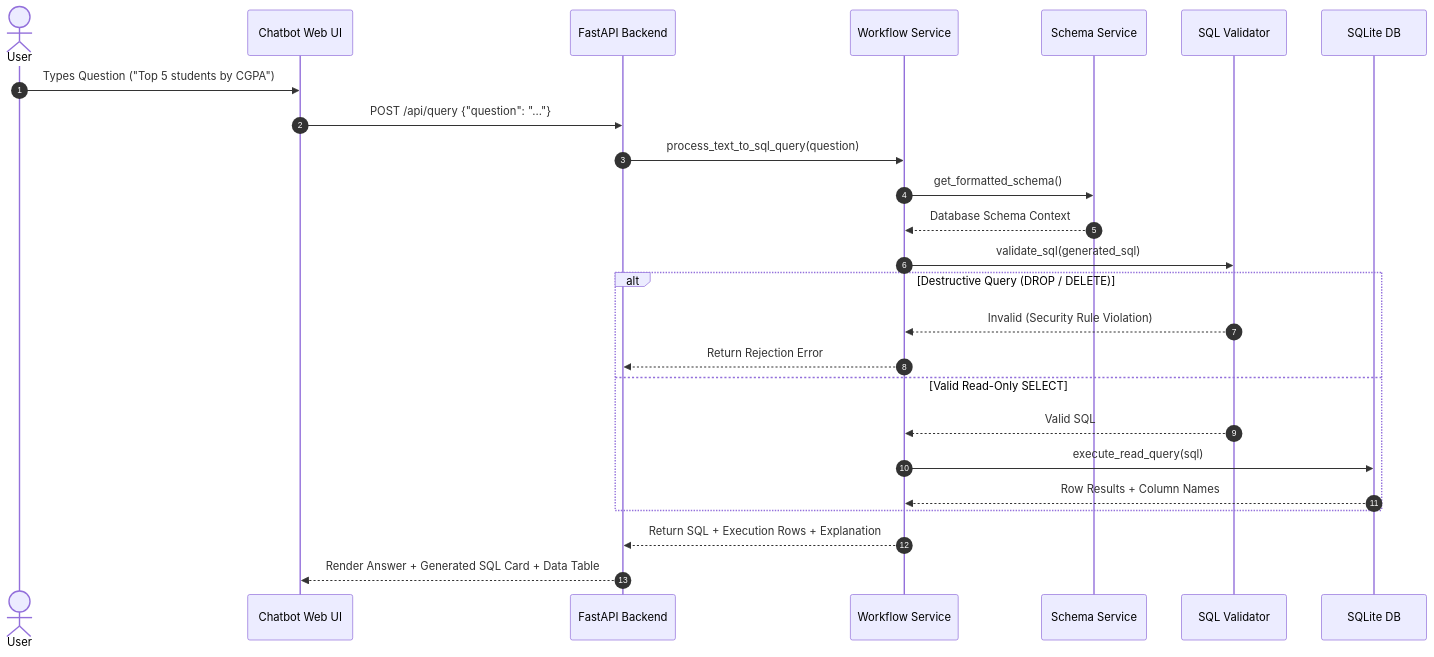
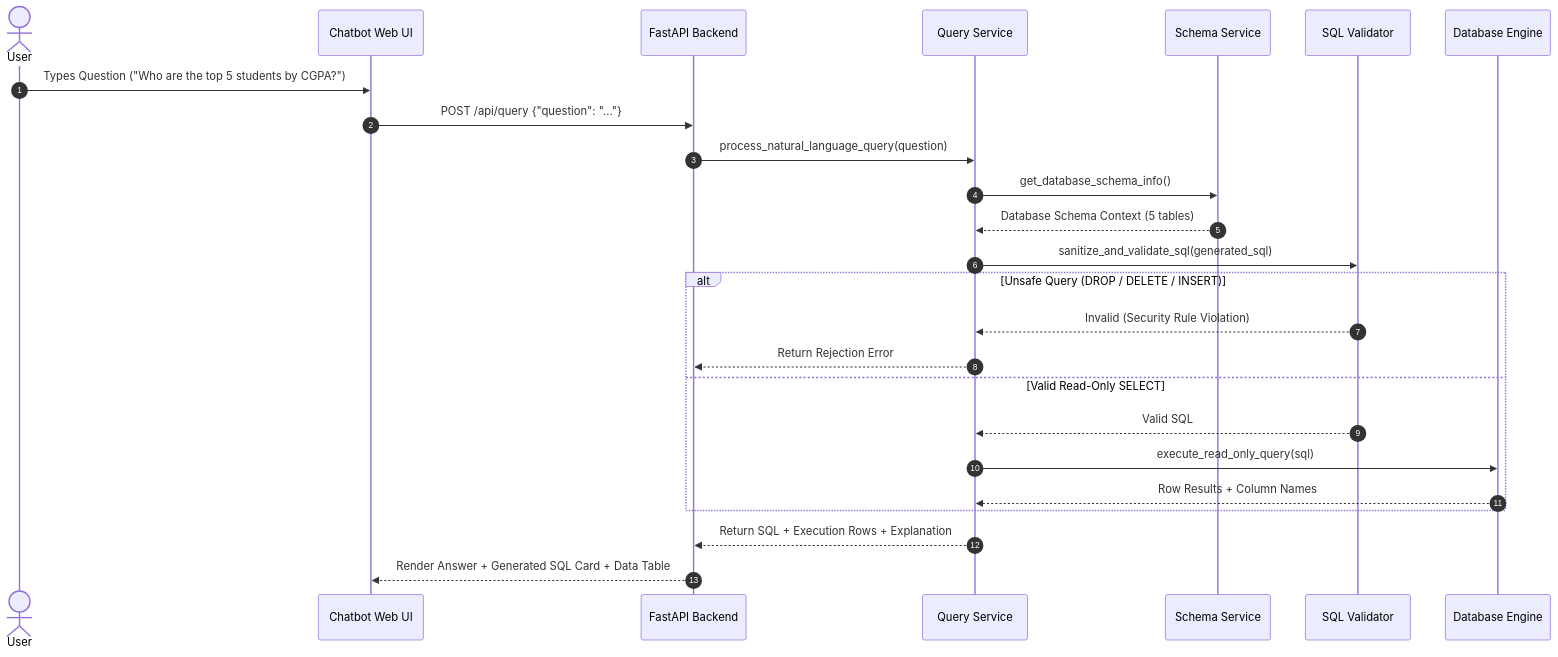
One commit to Vaishnav53/Applied-Agentic-AI-Lab-Experiments changed the second of 6 diagrams in AGENTIC_AI_LAB_COMPLETE_GUIDE.md. Above: the diagram before and after it, drawn with Mermaid. The commit also changed other lines of this file and 4 other files, not shown here.

````diff
--- a/AGENTIC_AI_LAB_COMPLETE_GUIDE.md
+++ b/AGENTIC_AI_LAB_COMPLETE_GUIDE.md
@@ -322,28 +336,28 @@
 ```mermaid
 sequenceDiagram
     autonumber
     actor User
     participant UI as Chatbot Web UI
     participant API as FastAPI Backend
-    participant WF as Workflow Service
+    participant QS as Query Service
     participant Schema as Schema Service
     participant Val as SQL Validator
-    participant DB as SQLite DB
+    participant DB as Database Engine
 
-    User->>UI: Types Question ("Top 5 students by CGPA")
+    User->>UI: Types Question ("Who are the top 5 students by CGPA?")
     UI->>API: POST /api/query {"question": "..."}
-    API->>WF: process_text_to_sql_query(question)
-    WF->>Schema: get_formatted_schema()
-    Schema-->>WF: Database Schema Context
-    WF->>Val: validate_sql(generated_sql)
-    alt Destructive Query (DROP / DELETE)
-        Val-->>WF: Invalid (Security Rule Violation)
-        WF-->>API: Return Rejection Error
+    API->>QS: process_natural_language_query(question)
+    QS->>Schema: get_database_schema_info()
+    Schema-->>QS: Database Schema Context (5 tables)
+    QS->>Val: sanitize_and_validate_sql(generated_sql)
+    alt Unsafe Query (DROP / DELETE / INSERT)
+        Val-->>QS: Invalid (Security Rule Violation)
+        QS-->>API: Return Rejection Error
     else Valid Read-Only SELECT
-        Val-->>WF: Valid SQL
-        WF->>DB: execute_read_query(sql)
-        DB-->>WF: Row Results + Column Names
+        Val-->>QS: Valid SQL
+        QS->>DB: execute_read_only_query(sql)
+        DB-->>QS: Row Results + Column Names
     end
-    WF-->>API: Return SQL + Execution Rows + Explanation
+    QS-->>API: Return SQL + Execution Rows + Explanation
     API-->>UI: Render Answer + Generated SQL Card + Data Table
 ```
````
